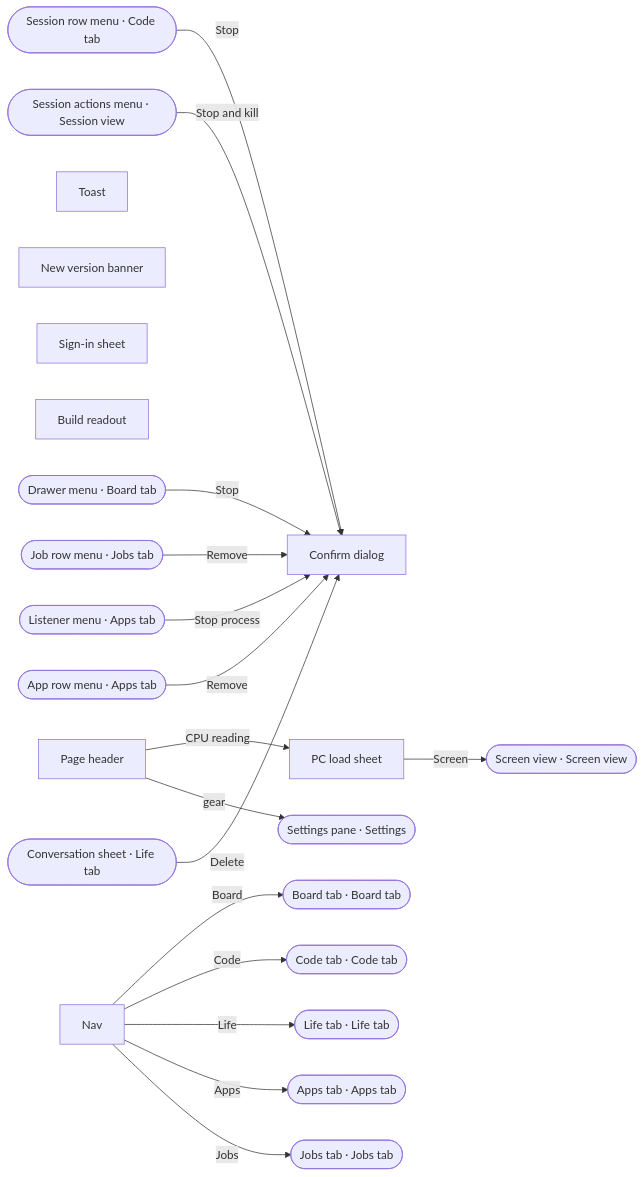
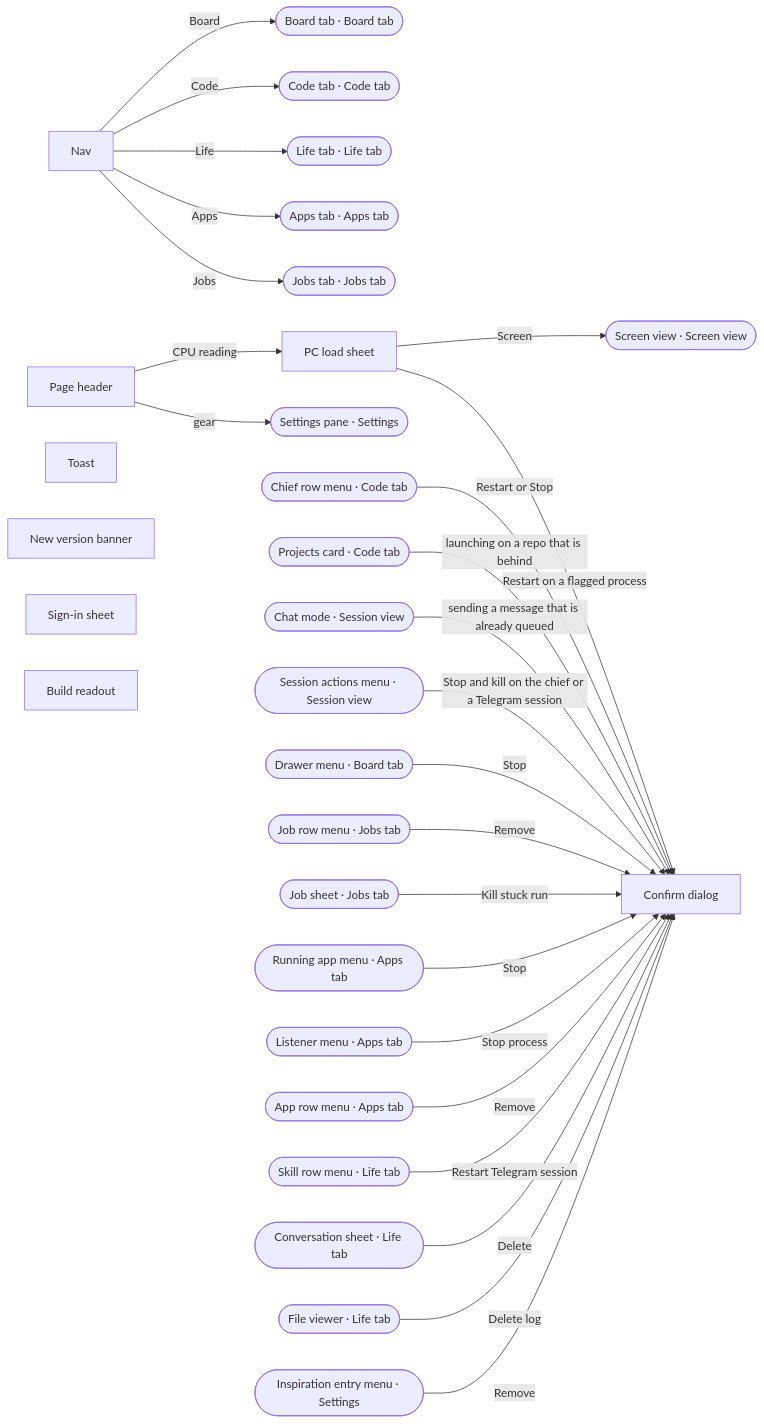
One commit to ferraroroberto/app-launcher changed the first of 10 diagrams in docs/ux-surface-map.md. Above: the diagram before and after it, drawn with Mermaid. The commit also changed other lines of this file and 8 other files, not shown here.

````diff
--- a/docs/ux-surface-map.md
+++ b/docs/ux-surface-map.md
@@ -52,40 +52,55 @@
 ```mermaid
 flowchart LR
   s0["Nav"]
   s1["Page header"]
   s2["PC load sheet"]
   s3["Confirm dialog"]
   s4["Toast"]
   s5["New version banner"]
   s6["Sign-in sheet"]
   s7["Build readout"]
   s48(["Board tab · Board tab"])
   s8(["Code tab · Code tab"])
   s89(["Life tab · Life tab"])
   s76(["Apps tab · Apps tab"])
   s65(["Jobs tab · Jobs tab"])
   s103(["Settings pane · Settings"])
   s43(["Screen view · Screen view"])
-  s14(["Session row menu · Code tab"])
+  s15(["Chief row menu · Code tab"])
+  s17(["Projects card · Code tab"])
+  s27(["Chat mode · Session view"])
   s28(["Session actions menu · Session view"])
   s64(["Drawer menu · Board tab"])
   s71(["Job row menu · Jobs tab"])
+  s73(["Job sheet · Jobs tab"])
+  s78(["Running app menu · Apps tab"])
   s81(["Listener menu · Apps tab"])
   s83(["App row menu · Apps tab"])
+  s92(["Skill row menu · Life tab"])
   s96(["Conversation sheet · Life tab"])
+  s101(["File viewer · Life tab"])
+  s116(["Inspiration entry menu · Settings"])
   s0 -->|"Board"| s48
   s0 -->|"Code"| s8
   s0 -->|"Life"| s89
   s0 -->|"Apps"| s76
   s0 -->|"Jobs"| s65
   s1 -->|"CPU reading"| s2
   s1 -->|"gear"| s103
   s2 -->|"Screen"| s43
-  s14 -->|"Stop"| s3
-  s28 -->|"Stop and kill"| s3
+  s2 -->|"Restart on a flagged process"| s3
+  s15 -->|"Restart or Stop"| s3
+  s17 -->|"launching on a repo that is behind"| s3
+  s27 -->|"sending a message that is already queued"| s3
+  s28 -->|"Stop and kill on the chief or a Telegram session"| s3
   s64 -->|"Stop"| s3
   s71 -->|"Remove"| s3
+  s73 -->|"Kill stuck run"| s3
+  s78 -->|"Stop"| s3
   s81 -->|"Stop process"| s3
   s83 -->|"Remove"| s3
+  s92 -->|"Restart Telegram session"| s3
   s96 -->|"Delete"| s3
+  s101 -->|"Delete log"| s3
+  s116 -->|"Remove"| s3
 ```
````
